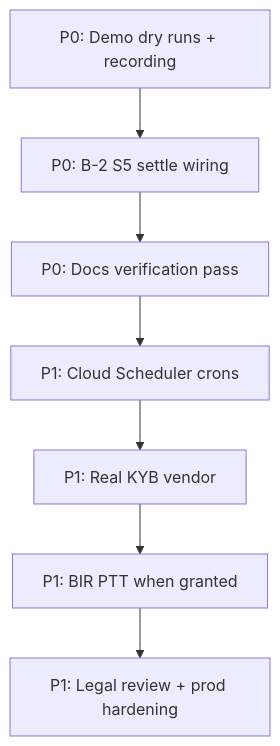
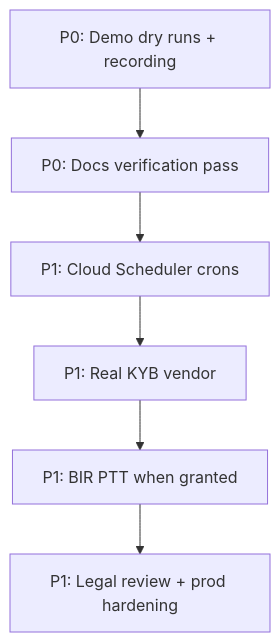
Before and after one commit to Axon-Enjin/axial: the diagram in docs/remaining-work-axial.md, drawn with Mermaid. The commit also changed other lines of this file and 9 other files, not shown here.

````diff
--- a/docs/remaining-work-axial.md
+++ b/docs/remaining-work-axial.md
@@ -184,9 +184,8 @@
 ```mermaid
 flowchart TD
-  A[P0: Demo dry runs + recording] --> B[P0: B-2 S5 settle wiring]
-  B --> C[P0: Docs verification pass]
+  A[P0: Demo dry runs + recording] --> C[P0: Docs verification pass]
   C --> D[P1: Cloud Scheduler crons]
   D --> E[P1: Real KYB vendor]
   E --> F[P1: BIR PTT when granted]
   F --> G[P1: Legal review + prod hardening]
 ```
````
